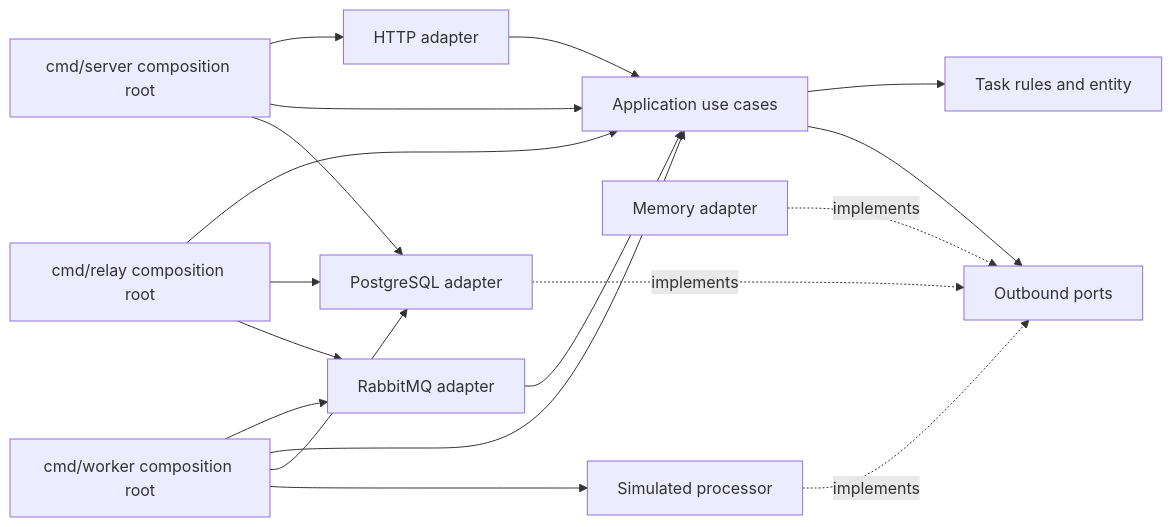
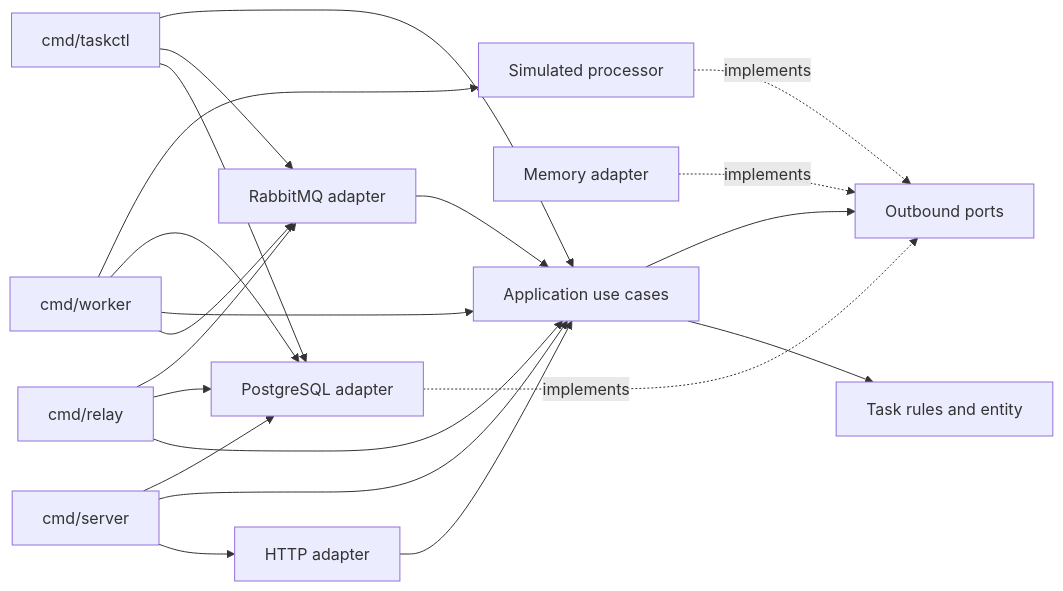
Before and after one commit to bright2227/gogolook-task-system: the diagram in docs/architecture.md, drawn with Mermaid. The commit also changed other lines of this file and 34 other files, not shown here.

````diff
--- a/docs/architecture.md
+++ b/docs/architecture.md
@@ -11,20 +9,23 @@
 ```mermaid
 flowchart LR
     HTTP[HTTP adapter] --> APP[Application use cases]
     MQ[RabbitMQ adapter] --> APP
     APP --> TASK[Task rules and entity]
     APP --> PORTS[Outbound ports]
     PG[PostgreSQL adapter] -. implements .-> PORTS
     MEM[Memory adapter] -. implements .-> PORTS
     SIM[Simulated processor] -. implements .-> PORTS
-    SERVER[cmd/server composition root] --> HTTP
+    SERVER[cmd/server] --> HTTP
     SERVER --> APP
     SERVER --> PG
-    WORKER[cmd/worker composition root] --> MQ
+    WORKER[cmd/worker] --> MQ
     WORKER --> APP
     WORKER --> PG
     WORKER --> SIM
-    RELAY[cmd/relay composition root] --> APP
+    RELAY[cmd/relay] --> APP
     RELAY --> PG
     RELAY --> MQ
+    TASKCTL[cmd/taskctl] --> PG
+    TASKCTL --> MQ
+    TASKCTL --> APP
 ```
````
